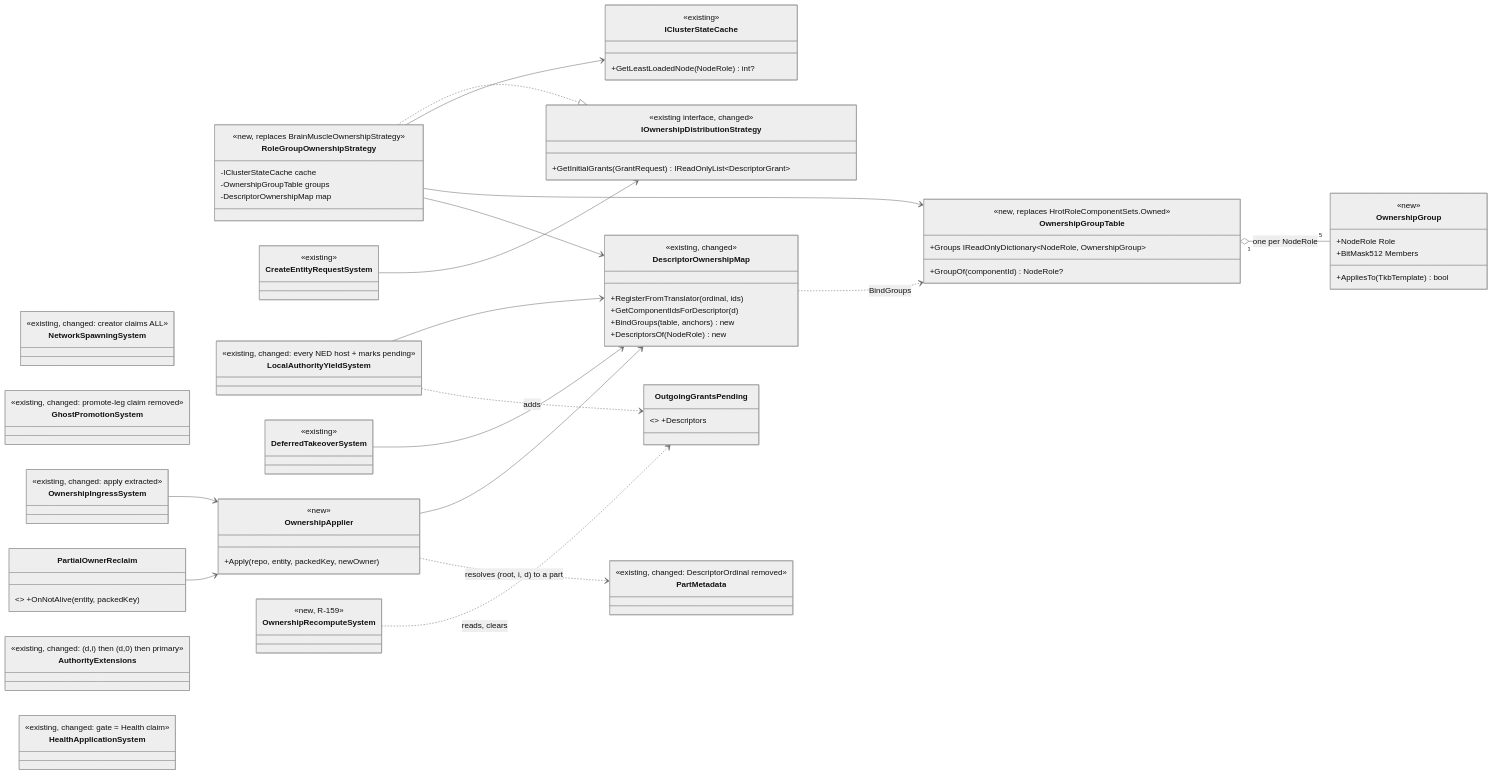
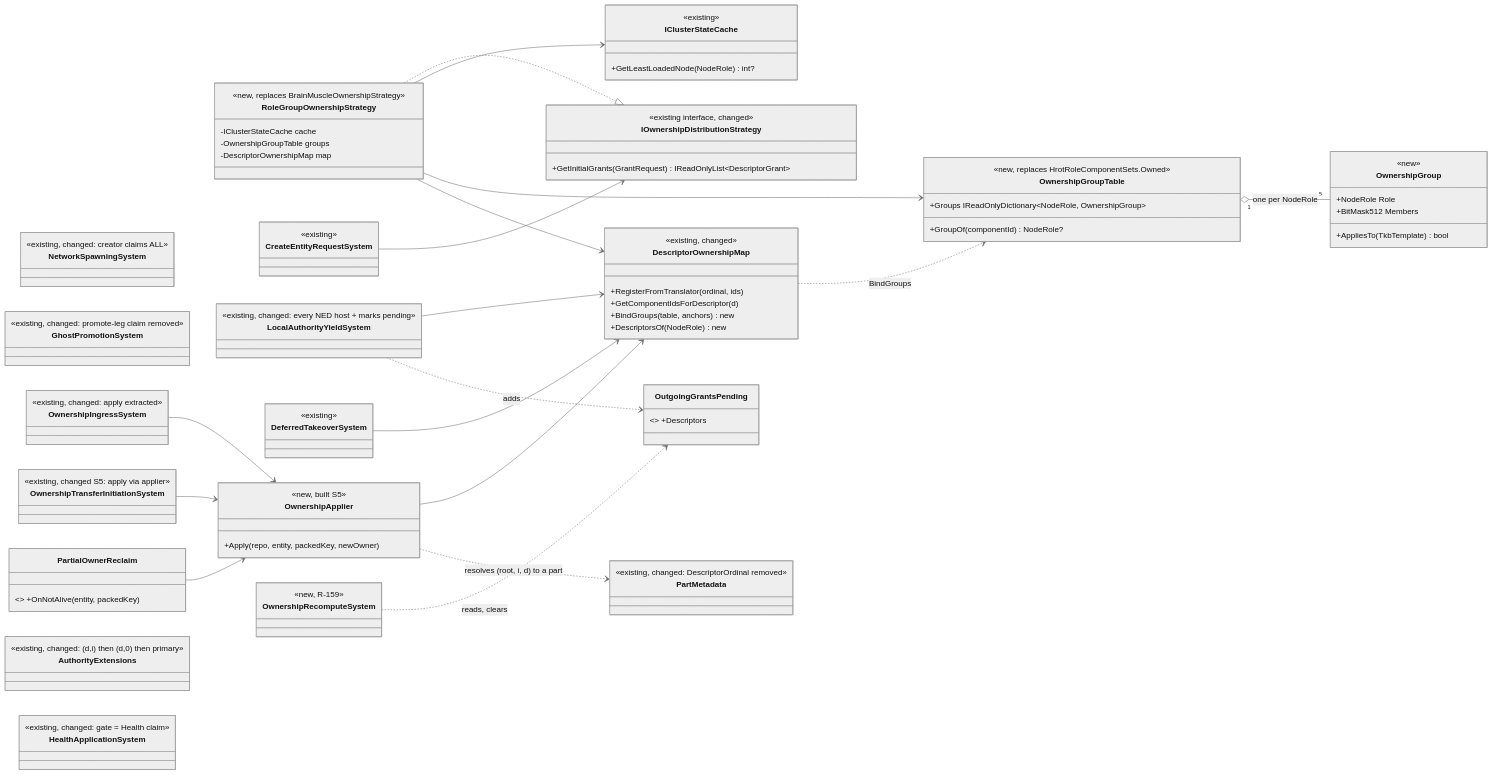
The second of 5 diagrams in docs/DESIGN_Ownership_Groups_And_Grants.md (pjanec/HROT), drawn with Mermaid (neutral theme) before and after one commit. The commit also changed other lines of this file and 14 other files, not shown here.

````diff
--- a/docs/DESIGN_Ownership_Groups_And_Grants.md
+++ b/docs/DESIGN_Ownership_Groups_And_Grants.md
@@ -207,68 +207,70 @@
 ```mermaid
 classDiagram
   direction LR
   class OwnershipGroup {
     <<new>>
     +NodeRole Role
     +BitMask512 Members
     +AppliesTo(TkbTemplate) bool
   }
   class OwnershipGroupTable {
     <<new, replaces HrotRoleComponentSets.Owned>>
     +Groups IReadOnlyDictionary~NodeRole, OwnershipGroup~
     +GroupOf(componentId) NodeRole?
   }
   class DescriptorOwnershipMap {
     <<existing, changed>>
     +RegisterFromTranslator(ordinal, ids)
     +GetComponentIdsForDescriptor(d)
     +BindGroups(table, anchors) new
     +DescriptorsOf(NodeRole) new
   }
   class IOwnershipDistributionStrategy {
     <<existing interface, changed>>
     +GetInitialGrants(GrantRequest) IReadOnlyList~DescriptorGrant~
   }
   class RoleGroupOwnershipStrategy {
     <<new, replaces BrainMuscleOwnershipStrategy>>
     -IClusterStateCache cache
     -OwnershipGroupTable groups
     -DescriptorOwnershipMap map
   }
   class IClusterStateCache {
     <<existing>>
     +GetLeastLoadedNode(NodeRole) int?
   }
   class CreateEntityRequestSystem { <<existing>> }
   class NetworkSpawningSystem { <<existing, changed: creator claims ALL>> }
   class LocalAuthorityYieldSystem { <<existing, changed: every NED host + marks pending>> }
   class OutgoingGrantsPending { <<new LOCAL component>> +Descriptors }
   class DeferredTakeoverSystem { <<existing>> }
   class GhostPromotionSystem { <<existing, changed: promote-leg claim removed>> }
   class OwnershipIngressSystem { <<existing, changed: apply extracted>> }
   class OwnershipApplier {
-    <<new>>
+    <<new, built S5>>
     +Apply(repo, entity, packedKey, newOwner)
   }
+  class OwnershipTransferInitiationSystem { <<existing, changed S5: apply via applier>> }
   class OwnershipRecomputeSystem { <<new, R-159>> }
   class PartialOwnerReclaim { <<new, R-167>> +OnNotAlive(entity, packedKey) }
   class AuthorityExtensions { <<existing, changed: (d,i) then (d,0) then primary>> }
   class PartMetadata { <<existing, changed: DescriptorOrdinal removed>> }
   class HealthApplicationSystem { <<existing, changed: gate = Health claim>> }
 
   OwnershipGroupTable "1" o-- "5" OwnershipGroup : one per NodeRole
   DescriptorOwnershipMap ..> OwnershipGroupTable : BindGroups
   RoleGroupOwnershipStrategy ..|> IOwnershipDistributionStrategy
   RoleGroupOwnershipStrategy --> IClusterStateCache
   RoleGroupOwnershipStrategy --> OwnershipGroupTable
   RoleGroupOwnershipStrategy --> DescriptorOwnershipMap
   CreateEntityRequestSystem --> IOwnershipDistributionStrategy
   LocalAuthorityYieldSystem --> DescriptorOwnershipMap
   LocalAuthorityYieldSystem ..> OutgoingGrantsPending : adds
   DeferredTakeoverSystem --> DescriptorOwnershipMap
   OwnershipIngressSystem --> OwnershipApplier
+  OwnershipTransferInitiationSystem --> OwnershipApplier
   PartialOwnerReclaim --> OwnershipApplier
   OwnershipApplier --> DescriptorOwnershipMap
   OwnershipApplier ..> PartMetadata : resolves (root, i, d) to a part
   OwnershipRecomputeSystem ..> OutgoingGrantsPending : reads, clears
 ```
````
